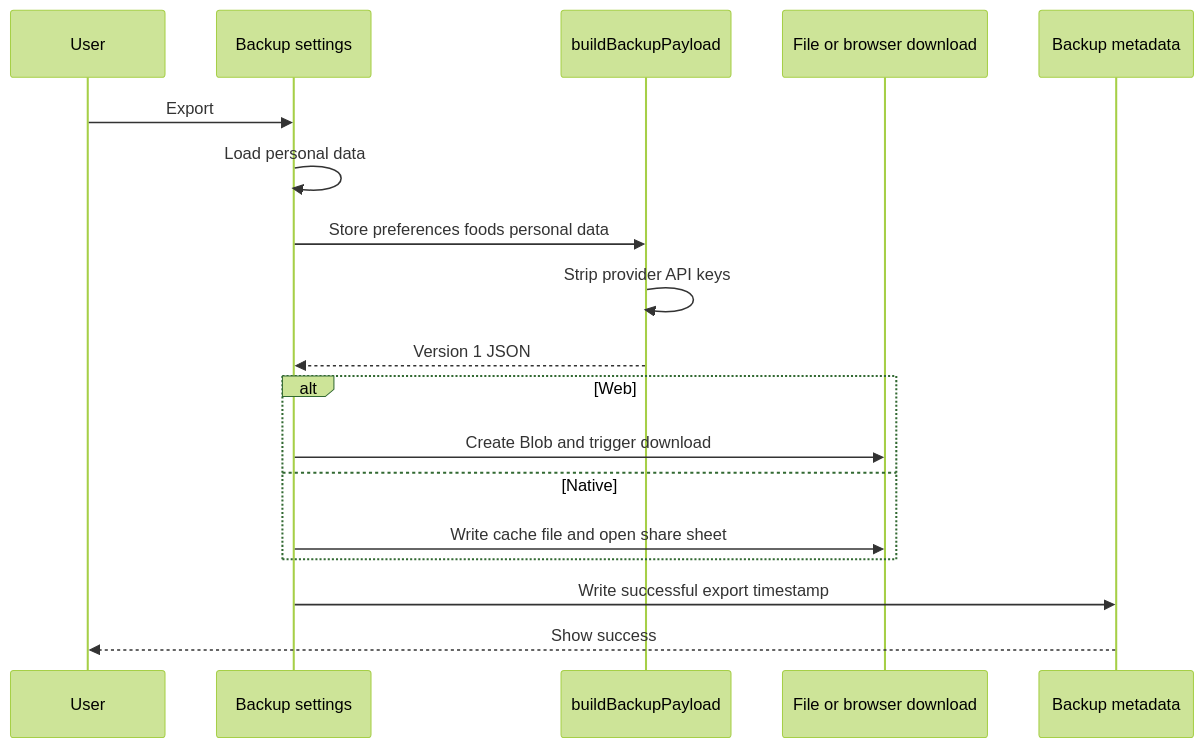
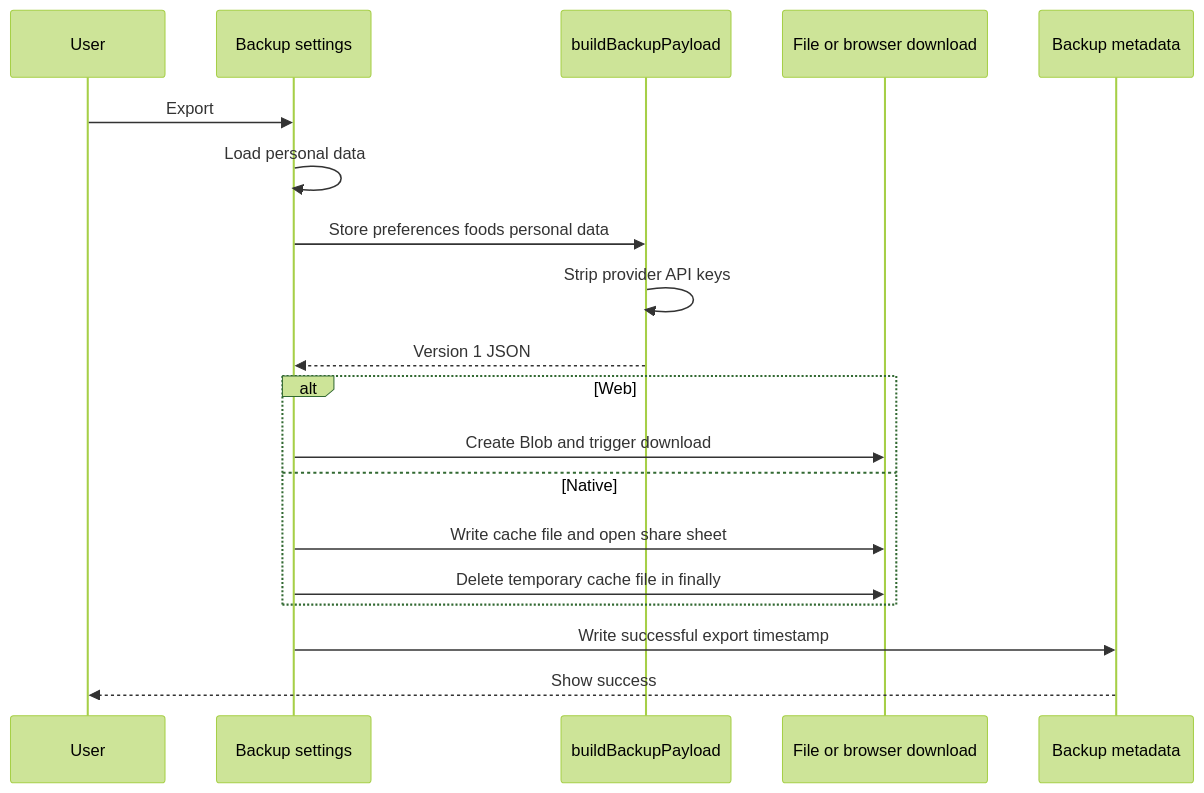
The second of 3 diagrams in openwiki/mobile/local-state-and-backup.md (maximofn/gymnasia), drawn with Mermaid (forest theme) before and after one commit. The commit also changed other lines of this file and 28 other files, not shown here.

````diff
--- a/openwiki/mobile/local-state-and-backup.md
+++ b/openwiki/mobile/local-state-and-backup.md
@@ -210,20 +219,21 @@
 ```mermaid
 sequenceDiagram
     participant User
     participant UI as Backup settings
     participant Builder as buildBackupPayload
     participant FileSys as File or browser download
     participant Meta as Backup metadata
     User->>UI: Export
     UI->>UI: Load personal data
     UI->>Builder: Store preferences foods personal data
     Builder->>Builder: Strip provider API keys
     Builder-->>UI: Version 1 JSON
     alt Web
         UI->>FileSys: Create Blob and trigger download
     else Native
         UI->>FileSys: Write cache file and open share sheet
+        UI->>FileSys: Delete temporary cache file in finally
     end
     UI->>Meta: Write successful export timestamp
     Meta-->>User: Show success
 ```
````
